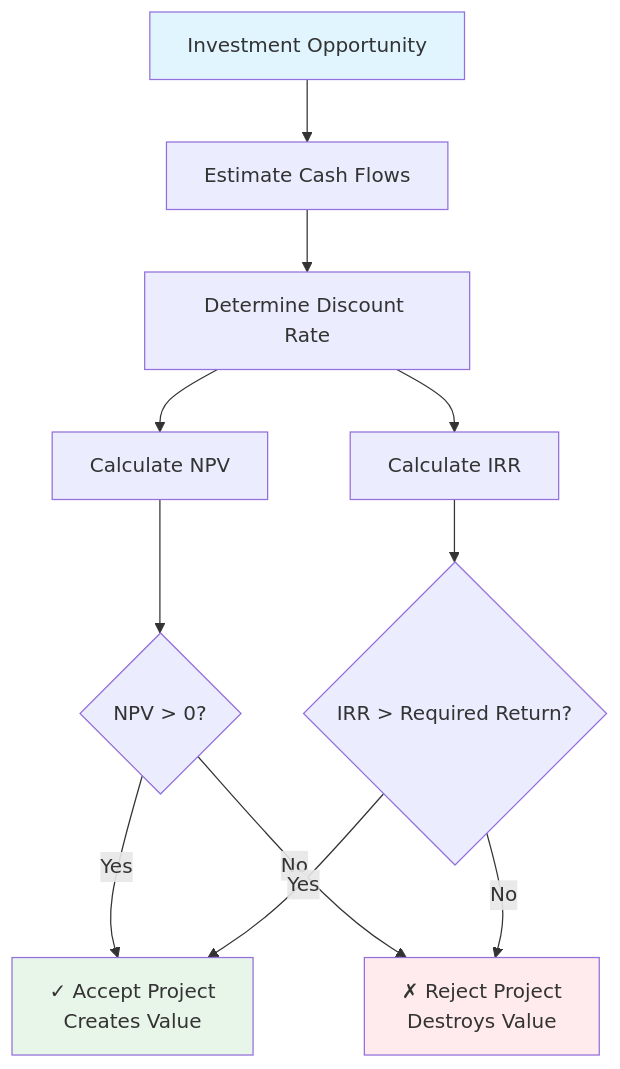
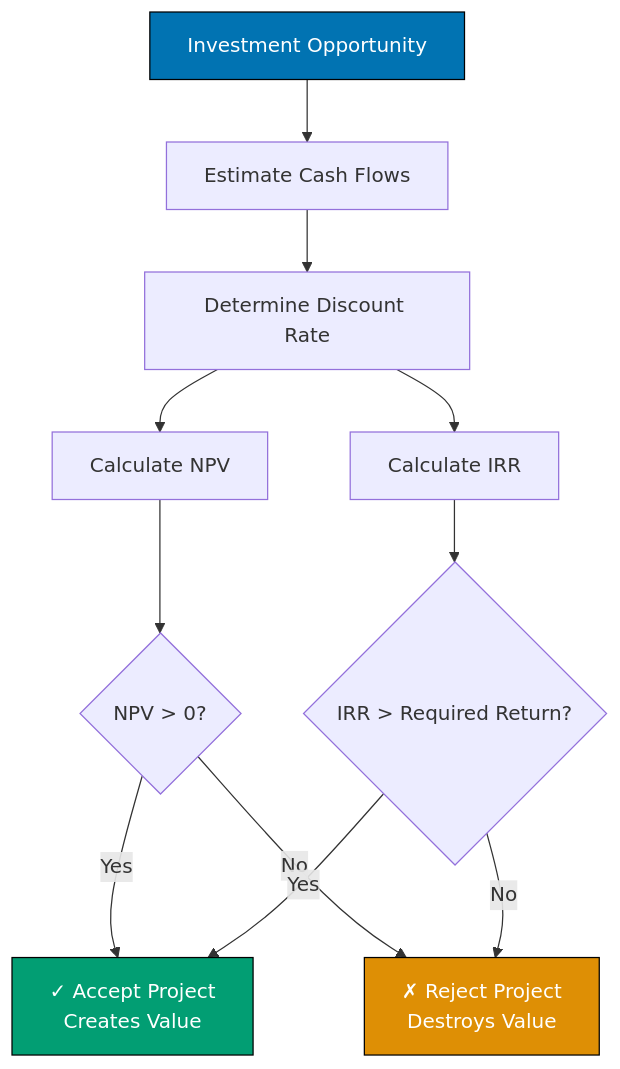
The seventh of 12 diagrams in docs/tutorials/business-and-finance/tu-bufi__corporate-finance.md (wahidyankf/open-sharia-enterprise), drawn with Mermaid before and after one commit. The commit also changed other lines of this file and 22 other files, not shown here.

First line of the commit message:
docs(diagrams): ensure all mermaid diagrams use color-blind friendly palette

````diff
--- a/docs/tutorials/business-and-finance/tu-bufi__corporate-finance.md
+++ b/docs/tutorials/business-and-finance/tu-bufi__corporate-finance.md
@@ -740,19 +761,19 @@
 ```mermaid
 flowchart TD
 	A[Investment Opportunity] --> B[Estimate Cash Flows]
 	B --> C[Determine Discount Rate]
 	C --> D[Calculate NPV]
 	D --> E{NPV > 0?}
 
 	E -->|Yes| F[✓ Accept Project<br/>Creates Value]
 	E -->|No| G[✗ Reject Project<br/>Destroys Value]
 
 	C --> H[Calculate IRR]
 	H --> I{IRR > Required Return?}
 	I -->|Yes| F
 	I -->|No| G
 
-	style A fill:#e1f5ff
-	style F fill:#e8f5e9
-	style G fill:#ffebee
+	style A fill:#0173B2,stroke:#000000,color:#FFFFFF
+	style F fill:#029E73,stroke:#000000,color:#FFFFFF
+	style G fill:#DE8F05,stroke:#000000,color:#FFFFFF
 ```
````
